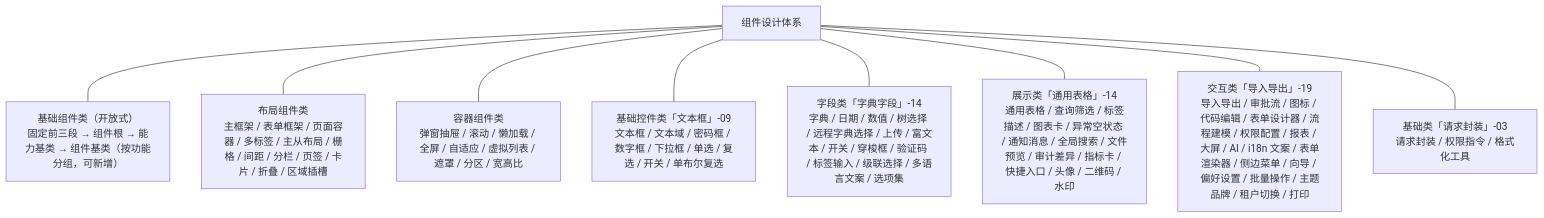
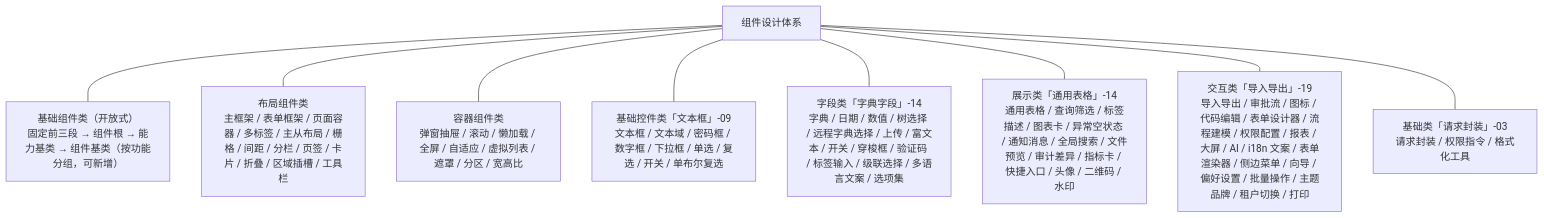
Before and after one commit to minjian123/basic-management-system: the diagram in bms文档/设计/组件设计/01_组件设计_总览.md, drawn with Mermaid. The commit also changed other lines of this file and 27 other files, not shown here.

````diff
--- a/bms文档/设计/组件设计/01_组件设计_总览.md
+++ b/bms文档/设计/组件设计/01_组件设计_总览.md
@@ -199,20 +200,20 @@
 ```mermaid
 graph TD
     ROOT["组件设计体系"]
     BASE["基础组件类（开放式）<br/>固定前三段 → 组件根 → 能力基类 → 组件基类（按功能分组，可新增）"]
-    LAY["布局组件类<br/>主框架 / 表单框架 / 页面容器 / 多标签 / 主从布局 / 栅格 / 间距 / 分栏 / 页签 / 卡片 / 折叠 / 区域插槽"]
+    LAY["布局组件类<br/>主框架 / 表单框架 / 页面容器 / 多标签 / 主从布局 / 栅格 / 间距 / 分栏 / 页签 / 卡片 / 折叠 / 区域插槽 / 工具栏"]
     BOX["容器组件类<br/>弹窗抽屉 / 滚动 / 懒加载 / 全屏 / 自适应 / 虚拟列表 / 遮罩 / 分区 / 宽高比"]
     CTRL["基础控件类「文本框」-09<br/>文本框 / 文本域 / 密码框 / 数字框 / 下拉框 / 单选 / 复选 / 开关 / 单布尔复选"]
     F["字段类「字典字段」-14<br/>字典 / 日期 / 数值 / 树选择 / 远程字典选择 / 上传 / 富文本 / 开关 / 穿梭框 / 验证码 / 标签输入 / 级联选择 / 多语言文案 / 选项集"]
     D["展示类「通用表格」-14<br/>通用表格 / 查询筛选 / 标签描述 / 图表卡 / 异常空状态 / 通知消息 / 全局搜索 / 文件预览 / 审计差异 / 指标卡 / 快捷入口 / 头像 / 二维码 / 水印"]
     I["交互类「导入导出」-19<br/>导入导出 / 审批流 / 图标 / 代码编辑 / 表单设计器 / 流程建模 / 权限配置 / 报表 / 大屏 / AI / i18n 文案 / 表单渲染器 / 侧边菜单 / 向导 / 偏好设置 / 批量操作 / 主题品牌 / 租户切换 / 打印"]
     B["基础类「请求封装」-03<br/>请求封装 / 权限指令 / 格式化工具"]
     ROOT --- BASE
     ROOT --- LAY
     ROOT --- BOX
     ROOT --- CTRL
     ROOT --- F
     ROOT --- D
     ROOT --- I
     ROOT --- B
 ```
````
